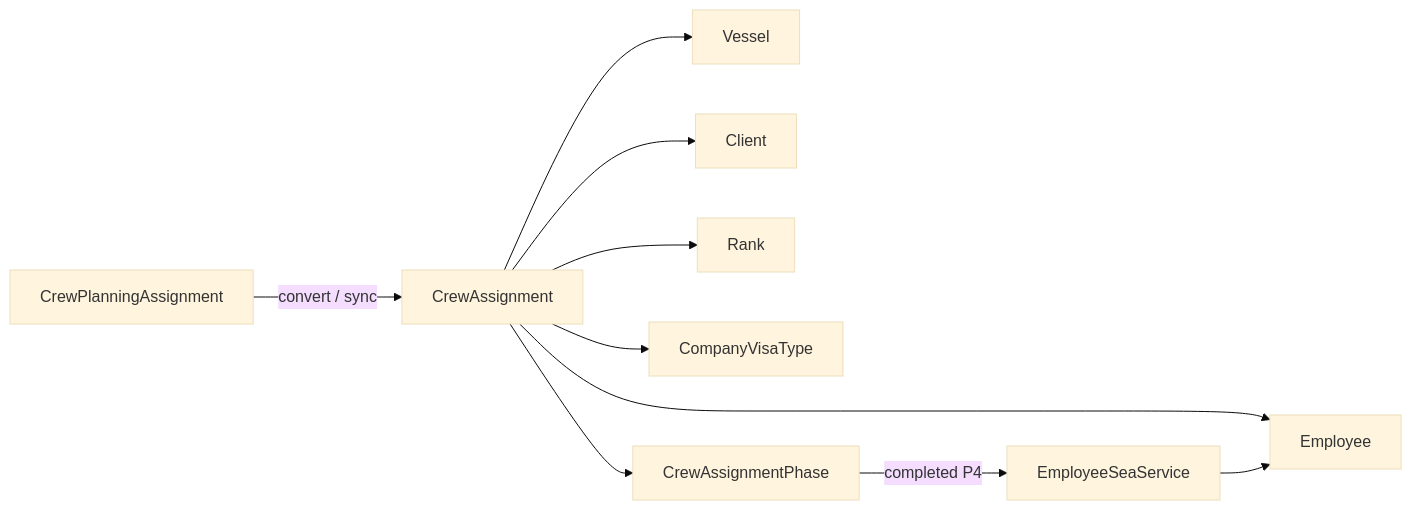
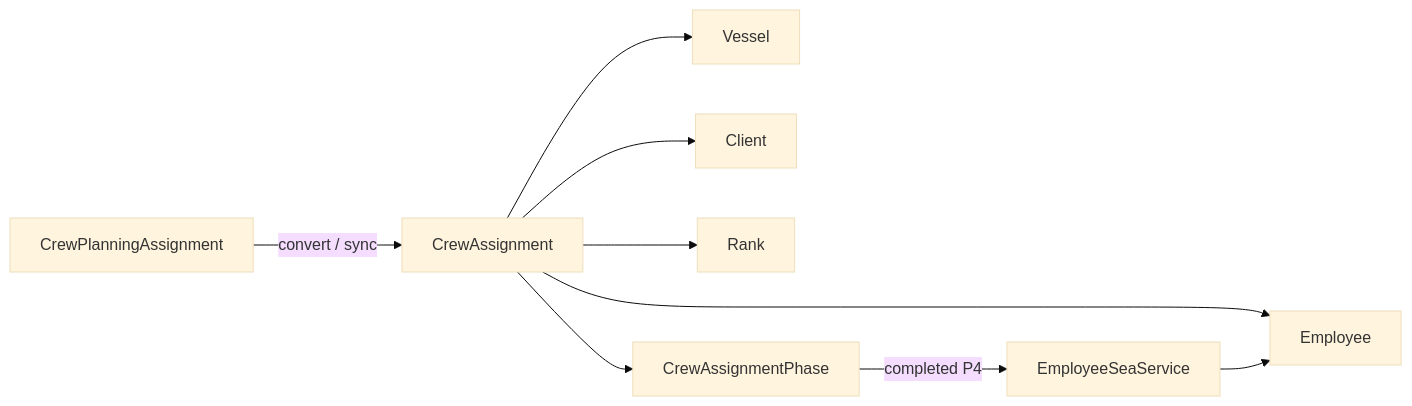
Before and after one commit to rabil007/HRM: the sixth of 8 diagrams in docs/architecture/domains.md, drawn with Mermaid (base theme). The commit also changed other lines of this file and 57 other files, not shown here.

Commit message:
feat: display employee operational status on crew create and drop assignment visa type

````diff
--- a/docs/architecture/domains.md
+++ b/docs/architecture/domains.md
@@ -527,12 +527,11 @@
 ```mermaid
 flowchart LR
     CrewPlanningAssignment -->|convert / sync| CrewAssignment
     CrewAssignment --> Employee
     CrewAssignment --> Vessel
     CrewAssignment --> Client
     CrewAssignment --> Rank
-    CrewAssignment --> CompanyVisaType
     CrewAssignment --> CrewAssignmentPhase
     CrewAssignmentPhase -->|completed P4| EmployeeSeaService
     EmployeeSeaService --> Employee
 ```
````
